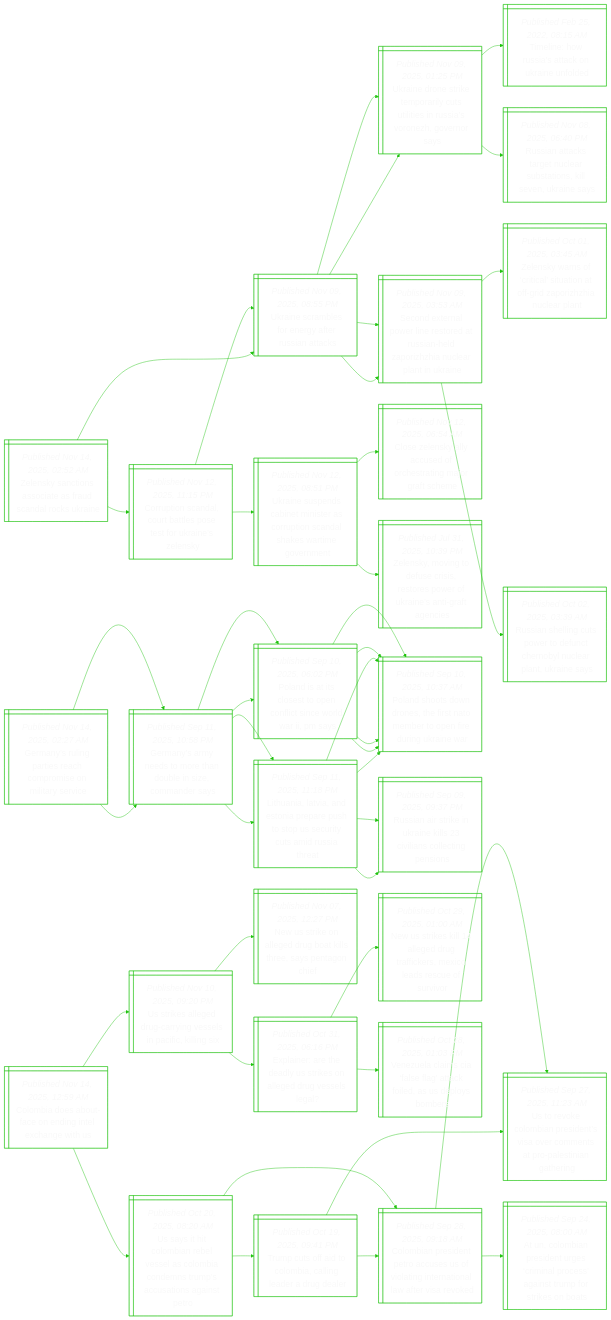
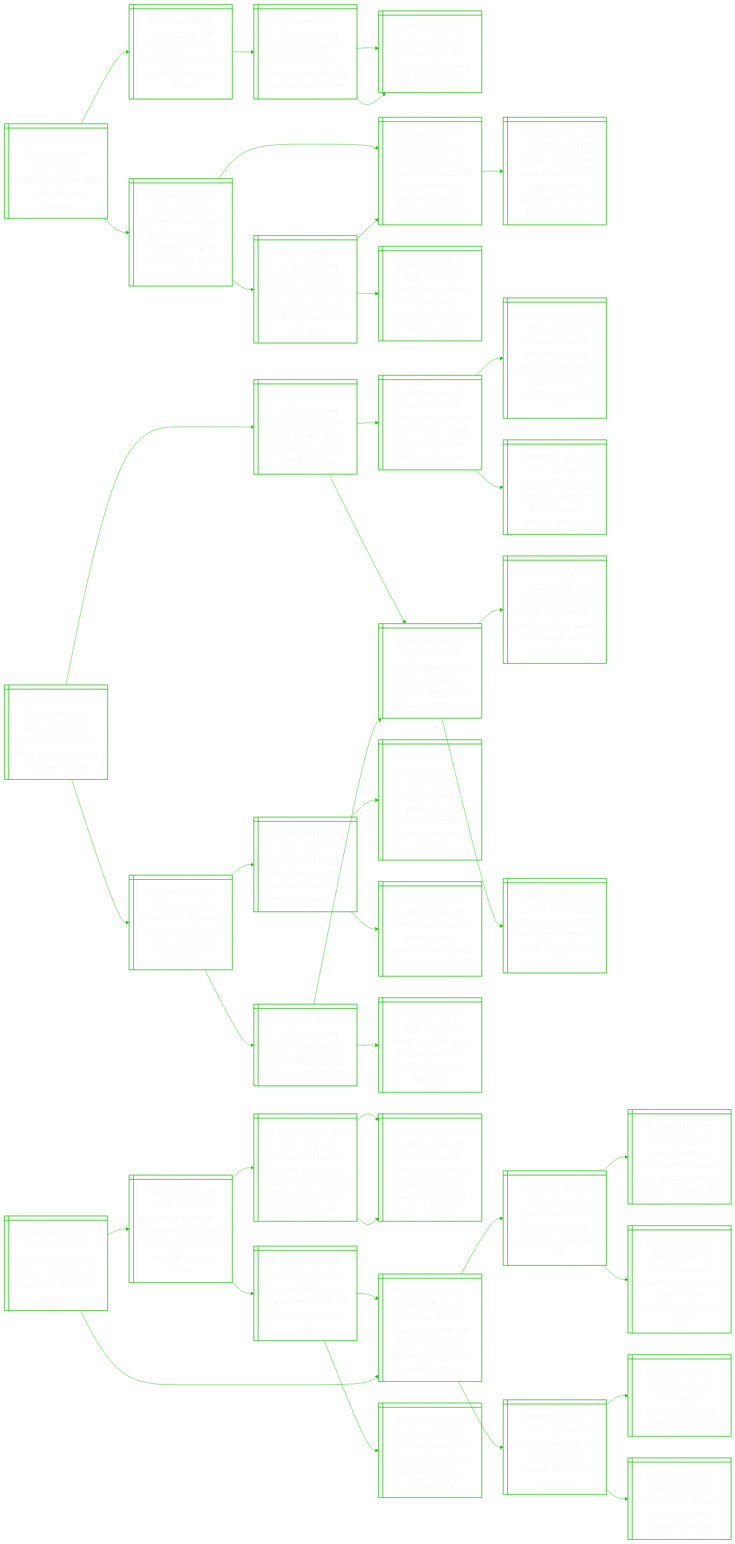
The diagram in README.md (notJmes/notJmes), drawn with Mermaid before and after one commit. The commit also changed other lines of this file, not shown here.

````diff
--- a/README.md
+++ b/README.md
@@ -16,136 +16,130 @@
 flowchart LR
 classDef txtsize font-size:20px;
 
-ZsnnoeaarUn@{ shape: win-pane, label: "_Published Nov 14, 2025, 02:52 AM_
-Zelensky sanctions associate as fraud scandal rocks ukraine" }
-UnasnaRaa@{ shape: win-pane, label: "_Published Nov 09, 2025, 08:55 PM_
-Ukraine scrambles for energy after russian attacks" }
-Unnimruieusnoos@{ shape: win-pane, label: "_Published Nov 09, 2025, 01:25 PM_
-Ukraine drone strike temporarily cuts utilities in russia’s voronezh, governor says" }
-Tiwitnifd@{ shape: win-pane, label: "_Published Feb 25, 2022, 08:15 AM_
-Timeline: how russia's attack on ukraine unfolded" }
-Raaanasoleaa@{ shape: win-pane, label: "_Published Nov 08, 2025, 06:40 PM_
-Russian attacks target nuclear substations, kill seven, ukraine says" }
-SdroisdshazaeaUn@{ shape: win-pane, label: "_Published Nov 09, 2025, 03:53 AM_
-Second external power line restored at russian-held zaporizhzhia nuclear plant in ukraine" }
-Zsrcctofdrhcp@{ shape: win-pane, label: "_Published Oct 01, 2025, 03:45 AM_
-Zelensky warns of ‘critical’ situation at off-grid zaporizhzhia nuclear plant" }
-Ralcooneyllke@{ shape: win-pane, label: "_Published Oct 02, 2025, 03:39 AM_
-Russian shelling cuts power to defunct chernobyl nuclear plant, ukraine says" }
-CpsartosUnly@{ shape: win-pane, label: "_Published Nov 12, 2025, 11:15 PM_
-Corruption scandal, court battles pose test for ukraine’s zelensky" }
-UnpCeiaronhwmen@{ shape: win-pane, label: "_Published Nov 12, 2025, 08:51 PM_
-Ukraine suspends cabinet minister as corruption scandal shakes wartime government" }
-CZslufetarc@{ shape: win-pane, label: "_Published Nov 12, 2025, 06:54 AM_
-Close zelensky ally accused of orchestrating major graft scheme" }
-Zsvossssrrsgai@{ shape: win-pane, label: "_Published Jul 31, 2025, 10:39 PM_
-Zelensky, moving to defuse crisis, restores power of ukraine’s anti-graft agencies" }
-UnasnaRaa@{ shape: win-pane, label: "_Published Nov 09, 2025, 08:55 PM_
-Ukraine scrambles for energy after russian attacks" }
-Unnimruieusnoos@{ shape: win-pane, label: "_Published Nov 09, 2025, 01:25 PM_
-Ukraine drone strike temporarily cuts utilities in russia’s voronezh, governor says" }
-SdroisdshazaeaUn@{ shape: win-pane, label: "_Published Nov 09, 2025, 03:53 AM_
-Second external power line restored at russian-held zaporizhzhia nuclear plant in ukraine" }
+Aaotentweg@{ shape: win-pane, label: "_Published Nov 14, 2025, 07:14 AM_
+Apple aims to capitalise on mini app trend with new program" }
+HpOGeriaun@{ shape: win-pane, label: "_Published Jul 28, 2025, 07:50 AM_
+How apple’s ios 26 and google’s android 16 will change our phones" }
+Sntleeeotsem@{ shape: win-pane, label: "_Published Jul 10, 2025, 10:25 AM_
+Samsung’s bet on foldable phones faces major test with slimmer new model" }
+Snflnecuss@{ shape: win-pane, label: "_Published Jul 08, 2025, 08:07 AM_
+Samsung profit halves in deepening chip business crisis" }
+Snflnecuss@{ shape: win-pane, label: "_Published Jul 08, 2025, 08:07 AM_
+Samsung profit halves in deepening chip business crisis" }
+Geopmnfeppsmiofd@{ shape: win-pane, label: "_Published Aug 26, 2025, 02:53 PM_
+Google to block apps from all unverified developers, s’pore users among first to be affected" }
+Airpoofnlnfppfsr@{ shape: win-pane, label: "_Published Feb 07, 2024, 11:09 AM_
+Android users in s’pore to be blocked from installing unverified apps as part of anti-scam trial" }
+Siwcciyssuetnto@{ shape: win-pane, label: "_Published Oct 14, 2023, 10:00 AM_
+Spike in malware scam victims in july, august; losses equivalent to that in first half of 2023" }
+Mrmsursneloagbra@{ shape: win-pane, label: "_Published Aug 15, 2024, 12:55 PM_
+Malware scam cases dip but android users in   s’pore still try to install high number of risky apps" }
+Airpoofnlnfppfsr@{ shape: win-pane, label: "_Published Feb 07, 2024, 11:09 AM_
+Android users in s’pore to be blocked from installing unverified apps as part of anti-scam trial" }
+Ctsnpcrovrls@{ shape: win-pane, label: "_Published Feb 25, 2024, 05:00 AM_
+Check these settings to protect your android device from malware scams" }
 
-ZsnnoeaarUn:::txtsize --> UnasnaRaa:::txtsize
-UnasnaRaa:::txtsize --> Unnimruieusnoos:::txtsize
-Unnimruieusnoos:::txtsize --> Tiwitnifd:::txtsize
-Unnimruieusnoos:::txtsize --> Raaanasoleaa:::txtsize
-UnasnaRaa:::txtsize --> SdroisdshazaeaUn:::txtsize
-SdroisdshazaeaUn:::txtsize --> Zsrcctofdrhcp:::txtsize
-SdroisdshazaeaUn:::txtsize --> Ralcooneyllke:::txtsize
-ZsnnoeaarUn:::txtsize --> CpsartosUnly:::txtsize
-CpsartosUnly:::txtsize --> UnpCeiaronhwmen:::txtsize
-UnpCeiaronhwmen:::txtsize --> CZslufetarc:::txtsize
-UnpCeiaronhwmen:::txtsize --> Zsvossssrrsgai:::txtsize
-CpsartosUnly:::txtsize --> UnasnaRaa:::txtsize
-UnasnaRaa:::txtsize --> Unnimruieusnoos:::txtsize
-UnasnaRaa:::txtsize --> SdroisdshazaeaUn:::txtsize
+Aaotentweg:::txtsize --> HpOGeriaun:::txtsize
+HpOGeriaun:::txtsize --> Sntleeeotsem:::txtsize
+Sntleeeotsem:::txtsize --> Snflnecuss:::txtsize
+Sntleeeotsem:::txtsize --> Snflnecuss:::txtsize
+Aaotentweg:::txtsize --> Geopmnfeppsmiofd:::txtsize
+Geopmnfeppsmiofd:::txtsize --> Airpoofnlnfppfsr:::txtsize
+Airpoofnlnfppfsr:::txtsize --> Siwcciyssuetnto:::txtsize
+Geopmnfeppsmiofd:::txtsize --> Mrmsursneloagbra:::txtsize
+Mrmsursneloagbra:::txtsize --> Airpoofnlnfppfsr:::txtsize
+Mrmsursneloagbra:::txtsize --> Ctsnpcrovrls:::txtsize
 
-Gnlashrelyi@{ shape: win-pane, label: "_Published Nov 14, 2025, 02:27 AM_
-Germany’s ruling parties reach compromise on military service" }
-Gnmdoabsody@{ shape: win-pane, label: "_Published Sep 11, 2025, 10:58 PM_
-Germany’s army needs to more than double in size, commander says" }
-LaaatprhoetsRaa@{ shape: win-pane, label: "_Published Sep 11, 2025, 11:18 PM_
-Lithuania, latvia, and estonia prepare push to stop us security cuts amid russia threat" }
-PdtnefNetndgir@{ shape: win-pane, label: "_Published Sep 10, 2025, 10:37 AM_
-Poland shoots down drones, the first nato member to open fire during ukraine war" }
-Raserkcioten@{ shape: win-pane, label: "_Published Sep 09, 2025, 09:37 PM_
-Russian air strike in ukraine kills 23 civilians collecting pensions" }
-PdiotnlioaM@{ shape: win-pane, label: "_Published Sep 10, 2025, 06:02 PM_
-Poland is at its closest to open conflict since world war ii, pm says" }
-PdtnefNetndgir@{ shape: win-pane, label: "_Published Sep 10, 2025, 10:37 AM_
-Poland shoots down drones, the first nato member to open fire during ukraine war" }
-PdtnefNetndgir@{ shape: win-pane, label: "_Published Sep 10, 2025, 10:37 AM_
-Poland shoots down drones, the first nato member to open fire during ukraine war" }
-Gnmdoabsody@{ shape: win-pane, label: "_Published Sep 11, 2025, 10:58 PM_
-Germany’s army needs to more than double in size, commander says" }
-LaaatprhoetsRaa@{ shape: win-pane, label: "_Published Sep 11, 2025, 11:18 PM_
-Lithuania, latvia, and estonia prepare push to stop us security cuts amid russia threat" }
-PdtnefNetndgir@{ shape: win-pane, label: "_Published Sep 10, 2025, 10:37 AM_
-Poland shoots down drones, the first nato member to open fire during ukraine war" }
-Raserkcioten@{ shape: win-pane, label: "_Published Sep 09, 2025, 09:37 PM_
-Russian air strike in ukraine kills 23 civilians collecting pensions" }
-PdiotnlioaM@{ shape: win-pane, label: "_Published Sep 10, 2025, 06:02 PM_
-Poland is at its closest to open conflict since world war ii, pm says" }
-PdtnefNetndgir@{ shape: win-pane, label: "_Published Sep 10, 2025, 10:37 AM_
-Poland shoots down drones, the first nato member to open fire during ukraine war" }
-PdtnefNetndgir@{ shape: win-pane, label: "_Published Sep 10, 2025, 10:37 AM_
-Poland shoots down drones, the first nato member to open fire during ukraine war" }
+Brslodyslsksag@{ shape: win-pane, label: "_Published Nov 14, 2025, 07:07 AM_
+Blue origin’s new glenn rocket deploys mars satellites, sticks booster landing" }
+GgcmnufsweeeS@{ shape: win-pane, label: "_Published Nov 13, 2025, 09:58 AM_
+Geomagnetic storm grounds launch of mars space weather satellites in us" }
+Flpcaneshailic@{ shape: win-pane, label: "_Published Apr 30, 2025, 05:07 AM_
+Firefly’s alpha rocket fails in space, sends lockheed satellite falling into ocean" }
+RaeeeurogeatnUls@{ shape: win-pane, label: "_Published Apr 26, 2025, 01:35 AM_
+Russian satellite linked to nuclear weapon programme appears out of control, us analysts say" }
+Fneniceeunljn@{ shape: win-pane, label: "_Published Apr 15, 2025, 10:51 PM_
+Finland developing device to counter alleged russian satellite jamming" }
+Urtdocpadoaas@{ shape: win-pane, label: "_Published Mar 18, 2025, 01:02 AM_
+Us astronauts head home on spacex capsule after drawn-out space station stay" }
+Ansdssomsseeghay@{ shape: win-pane, label: "_Published Mar 18, 2025, 10:55 AM_
+Astronauts stranded in space station for 9 months: why is space travel tough on the human body?" }
+Anrctctoatd@{ shape: win-pane, label: "_Published Mar 16, 2025, 12:31 PM_
+Astronaut crew docks with space station to replace ‘butch and suni’" }
+RosvptnsNeeI@{ shape: win-pane, label: "_Published Nov 13, 2025, 11:01 PM_
+Race for first private space station heats up as nasa set to retire iss" }
+AptpanloctoesS@{ shape: win-pane, label: "_Published Oct 14, 2024, 02:50 PM_
+Aerospace start-up vast announces plans for space station to succeed nasa’s iss" }
+Isetasaneeaeeoa@{ shape: win-pane, label: "_Published Oct 14, 2024, 10:36 AM_
+India’s space strategy: harness data and tiny satellites to capture market beyond spacex" }
+NproyhpsEaar@{ shape: win-pane, label: "_Published Oct 14, 2024, 02:11 AM_
+Nasa spacecraft to study whether jupiter’s moon europa can harbour life" }
+NotvrtrEoia@{ shape: win-pane, label: "_Published Apr 20, 2025, 05:05 PM_
+Nasa’s oldest active astronaut returns to earth on 70th birthday" }
+Urtdocpadoaas@{ shape: win-pane, label: "_Published Mar 18, 2025, 01:02 AM_
+Us astronauts head home on spacex capsule after drawn-out space station stay" }
+Biistcholils@{ shape: win-pane, label: "_Published Apr 17, 2025, 02:15 PM_
+Bringing a little spice to space with the monse blue origin flight suits" }
 
-Gnlashrelyi:::txtsize --> Gnmdoabsody:::txtsize
-Gnmdoabsody:::txtsize --> LaaatprhoetsRaa:::txtsize
-LaaatprhoetsRaa:::txtsize --> PdtnefNetndgir:::txtsize
-LaaatprhoetsRaa:::txtsize --> Raserkcioten:::txtsize
-Gnmdoabsody:::txtsize --> PdiotnlioaM:::txtsize
-PdiotnlioaM:::txtsize --> PdtnefNetndgir:::txtsize
-PdiotnlioaM:::txtsize --> PdtnefNetndgir:::txtsize
-Gnlashrelyi:::txtsize --> Gnmdoabsody:::txtsize
-Gnmdoabsody:::txtsize --> LaaatprhoetsRaa:::txtsize
-LaaatprhoetsRaa:::txtsize --> PdtnefNetndgir:::txtsize
-LaaatprhoetsRaa:::txtsize --> Raserkcioten:::txtsize
-Gnmdoabsody:::txtsize --> PdiotnlioaM:::txtsize
-PdiotnlioaM:::txtsize --> PdtnefNetndgir:::txtsize
-PdiotnlioaM:::txtsize --> PdtnefNetndgir:::txtsize
+Brslodyslsksag:::txtsize --> GgcmnufsweeeS:::txtsize
+GgcmnufsweeeS:::txtsize --> Flpcaneshailic:::txtsize
+Flpcaneshailic:::txtsize --> RaeeeurogeatnUls:::txtsize
+Flpcaneshailic:::txtsize --> Fneniceeunljn:::txtsize
+GgcmnufsweeeS:::txtsize --> Urtdocpadoaas:::txtsize
+Urtdocpadoaas:::txtsize --> Ansdssomsseeghay:::txtsize
+Urtdocpadoaas:::txtsize --> Anrctctoatd:::txtsize
+Brslodyslsksag:::txtsize --> RosvptnsNeeI:::txtsize
+RosvptnsNeeI:::txtsize --> AptpanloctoesS:::txtsize
+AptpanloctoesS:::txtsize --> Isetasaneeaeeoa:::txtsize
+AptpanloctoesS:::txtsize --> NproyhpsEaar:::txtsize
+RosvptnsNeeI:::txtsize --> NotvrtrEoia:::txtsize
+NotvrtrEoia:::txtsize --> Urtdocpadoaas:::txtsize
+NotvrtrEoia:::txtsize --> Biistcholils:::txtsize
 
-Cbeuednxgh@{ shape: win-pane, label: "_Published Nov 14, 2025, 12:59 AM_
-Colombia does about-face on ending intel exchange with us" }
-Uildcisiiig@{ shape: win-pane, label: "_Published Nov 10, 2025, 09:20 PM_
-Us strikes alleged drug-carrying vessels in pacific, killing six" }
-Nseldolrytc@{ shape: win-pane, label: "_Published Nov 07, 2025, 12:27 PM_
-New us strike on alleged drug boat kills three, says pentagon chief" }
-Eirdyroersl@{ shape: win-pane, label: "_Published Oct 31, 2025, 06:16 PM_
-Explainer: are the deadly us strikes on alleged drug vessels legal?​" }
-Nselgufexeeov@{ shape: win-pane, label: "_Published Oct 29, 2025, 01:00 AM_
-New us strikes kill 14 alleged drug traffickers, mexico leads rescue of survivor" }
-VulClaaispbr@{ shape: win-pane, label: "_Published Oct 28, 2025, 01:03 PM_
-Venezuela claims cia ‘false flag’ attack foiled, as us deploys bombers" }
-Ustmrvllaeraasnt@{ shape: win-pane, label: "_Published Oct 20, 2025, 08:20 AM_
-Us says it hit colombian rebel vessel as colombia condemns trump’s accusations against petro" }
-Tcftocndra@{ shape: win-pane, label: "_Published Oct 19, 2025, 09:41 PM_
-Trump cuts off aid to colombia, calling leader a drug dealer" }
-UeCbreiemaPtne@{ shape: win-pane, label: "_Published Sep 27, 2025, 11:23 AM_
-Us to revoke colombian president’s visa over comments at pro-palestinian gathering" }
-CbretcUiittlfiv@{ shape: win-pane, label: "_Published Sep 28, 2025, 09:18 AM_
-Colombian president petro accuses us of violating international law after visa revoked" }
-CbretcUiittlfiv@{ shape: win-pane, label: "_Published Sep 28, 2025, 09:18 AM_
-Colombian president petro accuses us of violating international law after visa revoked" }
-UeCbreiemaPtne@{ shape: win-pane, label: "_Published Sep 27, 2025, 11:23 AM_
-Us to revoke colombian president’s visa over comments at pro-palestinian gathering" }
-Aoienempsiroins@{ shape: win-pane, label: "_Published Sep 24, 2025, 08:00 AM_
-At un, colombian president urges ‘criminal process’ against trump for strikes on boats" }
+RaotUooaceoa@{ shape: win-pane, label: "_Published Nov 14, 2025, 07:02 AM_
+Russia proposes its own un resolution on gaza in challenge to us draft" }
+Uatdnaacareonw@{ shape: win-pane, label: "_Published Nov 05, 2025, 08:02 AM_
+Us may ask un to mandate international force in gaza for two years, document shows" }
+AtHfezerydatoGel@{ shape: win-pane, label: "_Published Sep 30, 2025, 06:45 AM_
+Amnesty for hamas fighters, gaza to be governed by ‘board of peace’: details of the gaza peace plan" }
+Tseaupoabmrnluo@{ shape: win-pane, label: "_Published Sep 30, 2025, 12:11 AM_
+Trump secures netanyahu’s support for gaza deal, but hamas’ agreement still in question" }
+Tseaupoabmrnluo@{ shape: win-pane, label: "_Published Sep 30, 2025, 12:11 AM_
+Trump secures netanyahu’s support for gaza deal, but hamas’ agreement still in question" }
+Udoaitotnous@{ shape: win-pane, label: "_Published Nov 03, 2025, 11:57 PM_
+Un mandate for gaza stabilisation force still in the works, turkey says" }
+TssHaossaaorslaoe@{ shape: win-pane, label: "_Published Oct 09, 2025, 05:09 AM_
+Trump says israel, hamas agree on first phase of gaza deal, allowing release of all israeli hostages" }
+TIeshhetdpoG@{ shape: win-pane, label: "_Published Oct 25, 2025, 07:20 PM_
+Turks, indonesians or others? the race is on to find troops to police gaza" }
+TssHaossaaorslaoe@{ shape: win-pane, label: "_Published Oct 09, 2025, 05:09 AM_
+Trump says israel, hamas agree on first phase of gaza deal, allowing release of all israeli hostages" }
+Ilsnrakhoar@{ shape: win-pane, label: "_Published Oct 07, 2025, 04:43 PM_
+Israel marks oct 7 anniversary as talks are held to end gaza war" }
+Sbsrcdnacaale@{ shape: win-pane, label: "_Published Oct 08, 2023, 12:45 AM_
+‘sea of bodies’ in israel, scores dead in gaza as shock hamas attack unleashes war" }
+Hatmzcnhodro@{ shape: win-pane, label: "_Published Oct 04, 2025, 05:11 PM_
+Hamas accepts trump’s gaza peace plan, but the bloodshed is far from over" }
+NyeeawHakl@{ shape: win-pane, label: "_Published Oct 07, 2023, 12:04 PM_
+Netanyahu declares israel at war as hamas attacks kill over 100" }
+WzptIleint@{ shape: win-pane, label: "_Published Oct 07, 2023, 05:15 PM_
+Why gaza is epicentre of israeli-palestinian conflict" }
+Wiceapaks@{ shape: win-pane, label: "_Published Oct 07, 2023, 06:44 PM_
+World in shock after hamas surprise attacks on israel" }
 
-Cbeuednxgh:::txtsize --> Uildcisiiig:::txtsize
-Uildcisiiig:::txtsize --> Nseldolrytc:::txtsize
-Uildcisiiig:::txtsize --> Eirdyroersl:::txtsize
-Eirdyroersl:::txtsize --> Nselgufexeeov:::txtsize
-Eirdyroersl:::txtsize --> VulClaaispbr:::txtsize
-Cbeuednxgh:::txtsize --> Ustmrvllaeraasnt:::txtsize
-Ustmrvllaeraasnt:::txtsize --> Tcftocndra:::txtsize
-Tcftocndra:::txtsize --> UeCbreiemaPtne:::txtsize
-Tcftocndra:::txtsize --> CbretcUiittlfiv:::txtsize
-Ustmrvllaeraasnt:::txtsize --> CbretcUiittlfiv:::txtsize
-CbretcUiittlfiv:::txtsize --> UeCbreiemaPtne:::txtsize
-CbretcUiittlfiv:::txtsize --> Aoienempsiroins:::txtsize
+RaotUooaceoa:::txtsize --> Uatdnaacareonw:::txtsize
+Uatdnaacareonw:::txtsize --> AtHfezerydatoGel:::txtsize
+AtHfezerydatoGel:::txtsize --> Tseaupoabmrnluo:::txtsize
+AtHfezerydatoGel:::txtsize --> Tseaupoabmrnluo:::txtsize
+Uatdnaacareonw:::txtsize --> Udoaitotnous:::txtsize
+Udoaitotnous:::txtsize --> TssHaossaaorslaoe:::txtsize
+Udoaitotnous:::txtsize --> TIeshhetdpoG:::txtsize
+RaotUooaceoa:::txtsize --> TssHaossaaorslaoe:::txtsize
+TssHaossaaorslaoe:::txtsize --> Ilsnrakhoar:::txtsize
+Ilsnrakhoar:::txtsize --> Sbsrcdnacaale:::txtsize
+Ilsnrakhoar:::txtsize --> Hatmzcnhodro:::txtsize
+TssHaossaaorslaoe:::txtsize --> NyeeawHakl:::txtsize
+NyeeawHakl:::txtsize --> WzptIleint:::txtsize
+NyeeawHakl:::txtsize --> Wiceapaks:::txtsize
 
 ```
````
